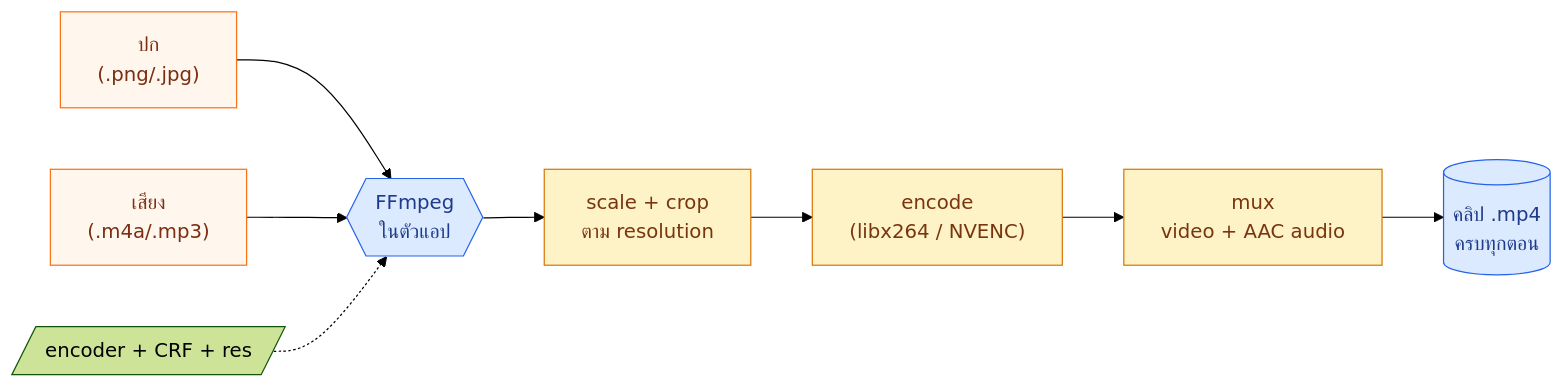
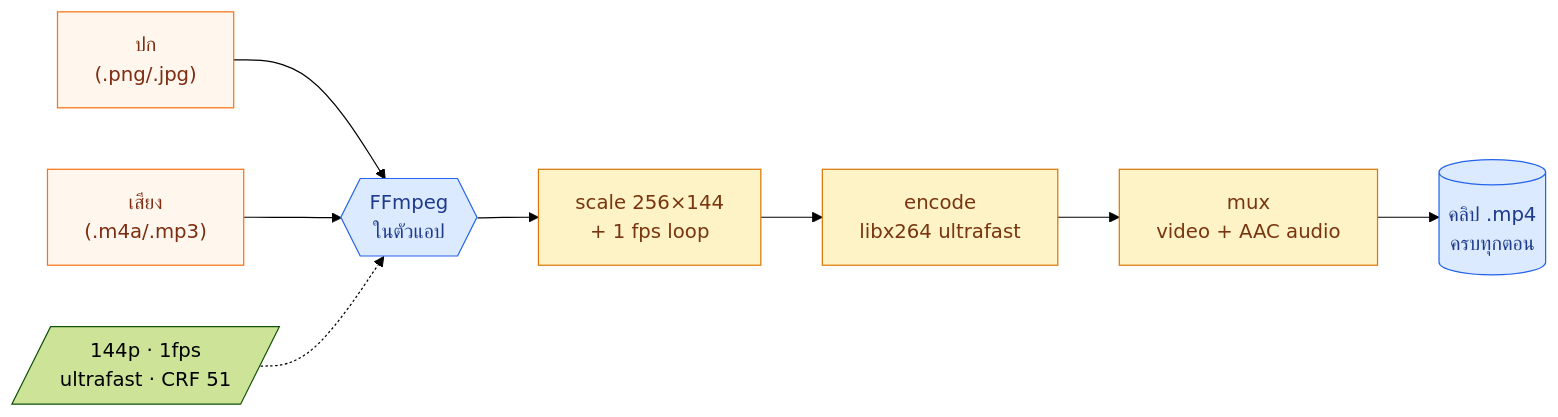
The fourth of 7 diagrams in README.md (snibzyz/inkstudio), drawn with Mermaid (forest theme) before and after one commit. The commit also changed other lines of this file and 2 other files, not shown here.

````diff
--- a/README.md
+++ b/README.md
@@ -170,20 +258,20 @@
 ```mermaid
 flowchart LR
     Cover["ปก<br/>(.png/.jpg)"] --> FFmpeg{{"FFmpeg<br/>ในตัวแอป"}}
     Audio["เสียง<br/>(.m4a/.mp3)"] --> FFmpeg
-    Encoder[/"encoder + CRF + res"/] -.-> FFmpeg
+    Profile[/"144p · 1fps<br/>ultrafast · CRF 51"/] -.-> FFmpeg
 
-    FFmpeg --> Scale["scale + crop<br/>ตาม resolution"]
-    Scale --> Encode["encode<br/>(libx264 / NVENC)"]
+    FFmpeg --> Scale["scale 256×144<br/>+ 1 fps loop"]
+    Scale --> Encode["encode<br/>libx264 ultrafast"]
     Encode --> Mux["mux<br/>video + AAC audio"]
     Mux --> MP4[("คลิป .mp4<br/>ครบทุกตอน")]
 
     classDef io fill:#fff7ed,stroke:#f97316,color:#7c2d12
     classDef proc fill:#fef3c7,stroke:#d97706,color:#78350f
     classDef result fill:#dbeafe,stroke:#2563eb,color:#1e3a8a
 
     class Cover,Audio io
     class Scale,Encode,Mux proc
     class FFmpeg result
     class MP4 result
 ```
````
